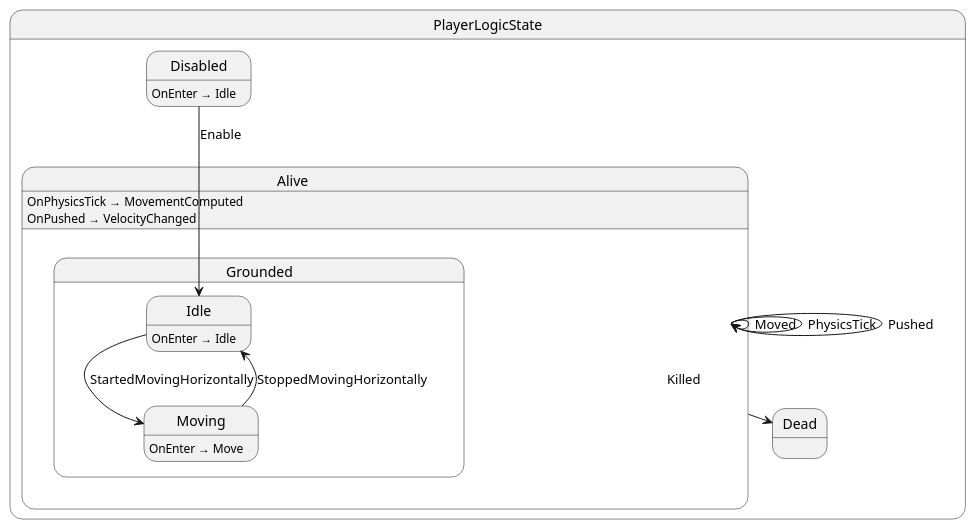
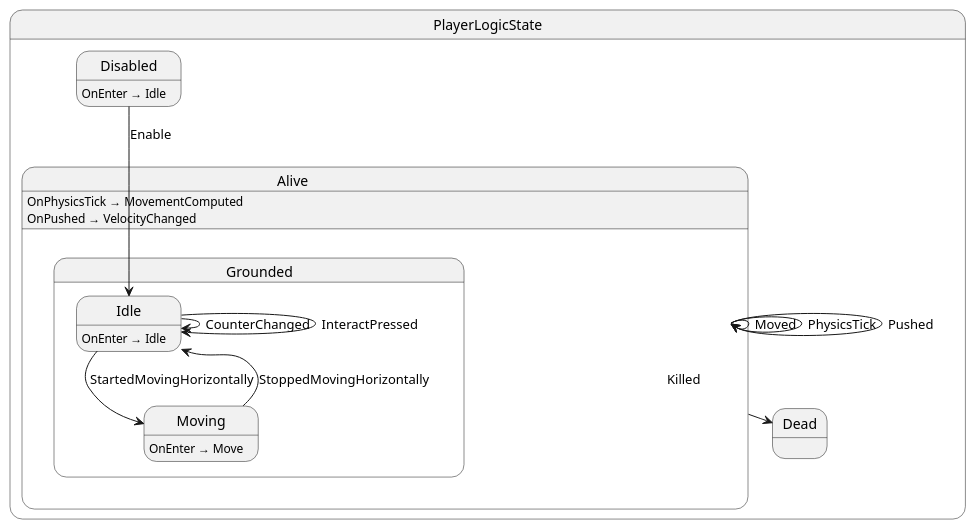
The diagram in src/player/state/PlayerLogicState.g.puml (MaymeJetsoft/KitchenChaos), drawn with PlantUML before and after one commit. The commit also changed 47 other files, not shown here.

```diff
--- a/src/player/state/PlayerLogicState.g.puml
+++ b/src/player/state/PlayerLogicState.g.puml
@@ -1,26 +1,28 @@
 @startuml PlayerLogicState
 state "PlayerLogicState" as ChickenChaos_PlayerLogicState {
   state "Alive" as ChickenChaos_PlayerLogicState_Alive {
     state "Grounded" as ChickenChaos_PlayerLogicState_Grounded {
       state "Idle" as ChickenChaos_PlayerLogicState_Idle
       state "Moving" as ChickenChaos_PlayerLogicState_Moving
     }
   }
   state "Dead" as ChickenChaos_PlayerLogicState_Dead
   state "Disabled" as ChickenChaos_PlayerLogicState_Disabled
 }
 
 ChickenChaos_PlayerLogicState_Alive --> ChickenChaos_PlayerLogicState_Alive : Moved
 ChickenChaos_PlayerLogicState_Alive --> ChickenChaos_PlayerLogicState_Alive : PhysicsTick
 ChickenChaos_PlayerLogicState_Alive --> ChickenChaos_PlayerLogicState_Alive : Pushed
 ChickenChaos_PlayerLogicState_Alive --> ChickenChaos_PlayerLogicState_Dead : Killed
 ChickenChaos_PlayerLogicState_Disabled --> ChickenChaos_PlayerLogicState_Idle : Enable
+ChickenChaos_PlayerLogicState_Idle --> ChickenChaos_PlayerLogicState_Idle : CounterChanged
+ChickenChaos_PlayerLogicState_Idle --> ChickenChaos_PlayerLogicState_Idle : InteractPressed
 ChickenChaos_PlayerLogicState_Idle --> ChickenChaos_PlayerLogicState_Moving : StartedMovingHorizontally
 ChickenChaos_PlayerLogicState_Moving --> ChickenChaos_PlayerLogicState_Idle : StoppedMovingHorizontally
 
 ChickenChaos_PlayerLogicState_Alive : OnPhysicsTick → MovementComputed
 ChickenChaos_PlayerLogicState_Alive : OnPushed → VelocityChanged
 ChickenChaos_PlayerLogicState_Disabled : OnEnter → Idle
 ChickenChaos_PlayerLogicState_Idle : OnEnter → Idle
 ChickenChaos_PlayerLogicState_Moving : OnEnter → Move
 @enduml
```
